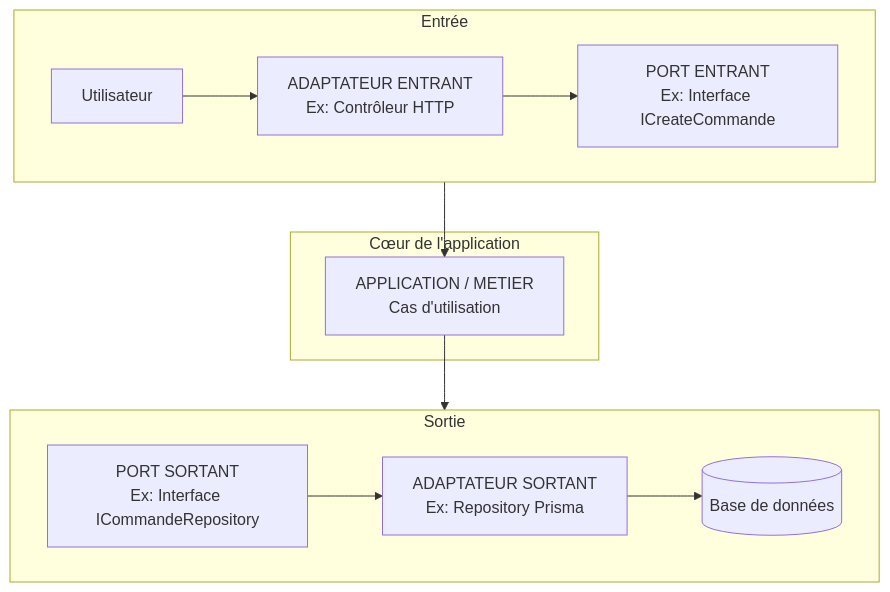
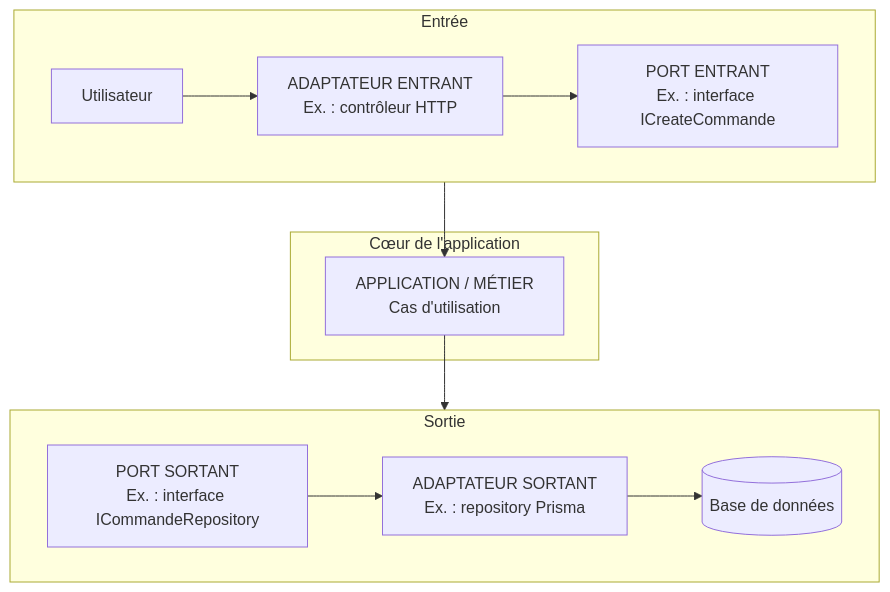
Before and after one commit to donnatchris/DDD: the fourth of 4 diagrams in ARCHITECTURE.md, drawn with Mermaid. The commit also changed other lines of this file, not shown here.

````diff
--- a/ARCHITECTURE.md
+++ b/ARCHITECTURE.md
@@ -280,28 +322,28 @@
 ```mermaid
 flowchart TB
 
     subgraph ENTREE["Entrée"]
         direction LR
         USER[Utilisateur]
-        CONTROLLER[ADAPTATEUR ENTRANT<br/>Ex: Contrôleur HTTP]
-        INPORT[PORT ENTRANT<br/>Ex: Interface ICreateCommande]
+        CONTROLLER[ADAPTATEUR ENTRANT<br/>Ex. : contrôleur HTTP]
+        INPORT[PORT ENTRANT<br/>Ex. : interface ICreateCommande]
 
         USER --> CONTROLLER --> INPORT
     end
 
     subgraph COEUR["Cœur de l'application"]
-        APP[APPLICATION / METIER<br/>Cas d'utilisation]
+        APP[APPLICATION / MÉTIER<br/>Cas d'utilisation]
     end
 
     subgraph SORTIE["Sortie"]
         direction LR
-        OUTPORT[PORT SORTANT<br/>Ex: Interface ICommandeRepository]
-        REPOSITORY[ADAPTATEUR SORTANT<br/>Ex: Repository Prisma]
+        OUTPORT[PORT SORTANT<br/>Ex. : interface ICommandeRepository]
+        REPOSITORY[ADAPTATEUR SORTANT<br/>Ex. : repository Prisma]
         DB[(Base de données)]
 
         OUTPORT --> REPOSITORY --> DB
     end
 
     INPORT --> APP
     APP --> OUTPORT
 ```
````
